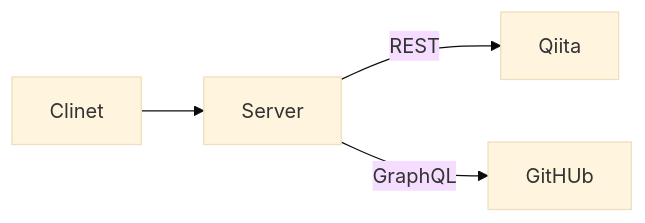
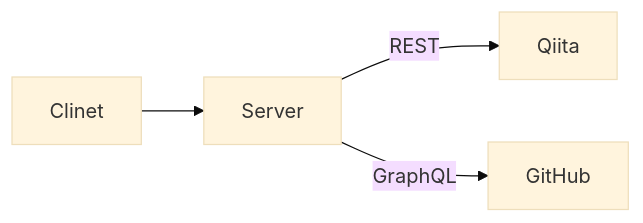
One commit to danny-yamamoto/my-portfolio-solidjs-ts changed the diagram in articles-to-post.md. Above: the diagram before and after it, drawn with Mermaid (base theme).

Commit message:
typo README

````diff
--- a/articles-to-post.md
+++ b/articles-to-post.md
@@ -7,10 +7,10 @@
 ```mermaid
 flowchart LR
     client["`Clinet`"]
     server0["`Server`"]
     server1["`Qiita`"]
-    server2["`GitHUb`"]
+    server2["`GitHub`"]
     client --> server0
     server0 -->|REST| server1
     server0 -->|GraphQL| server2
 ```
````
